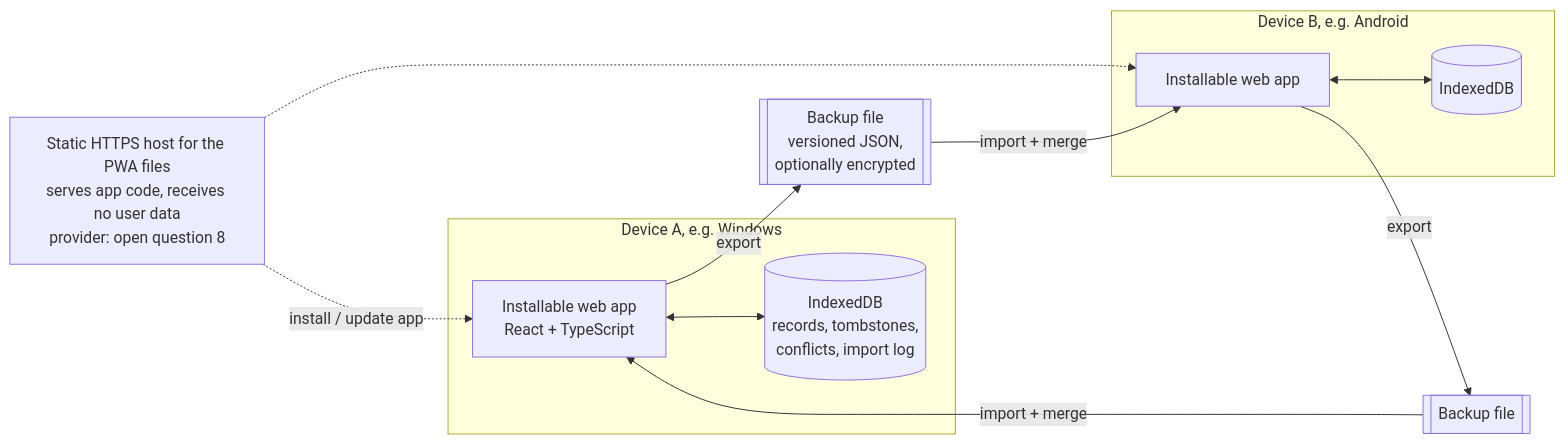
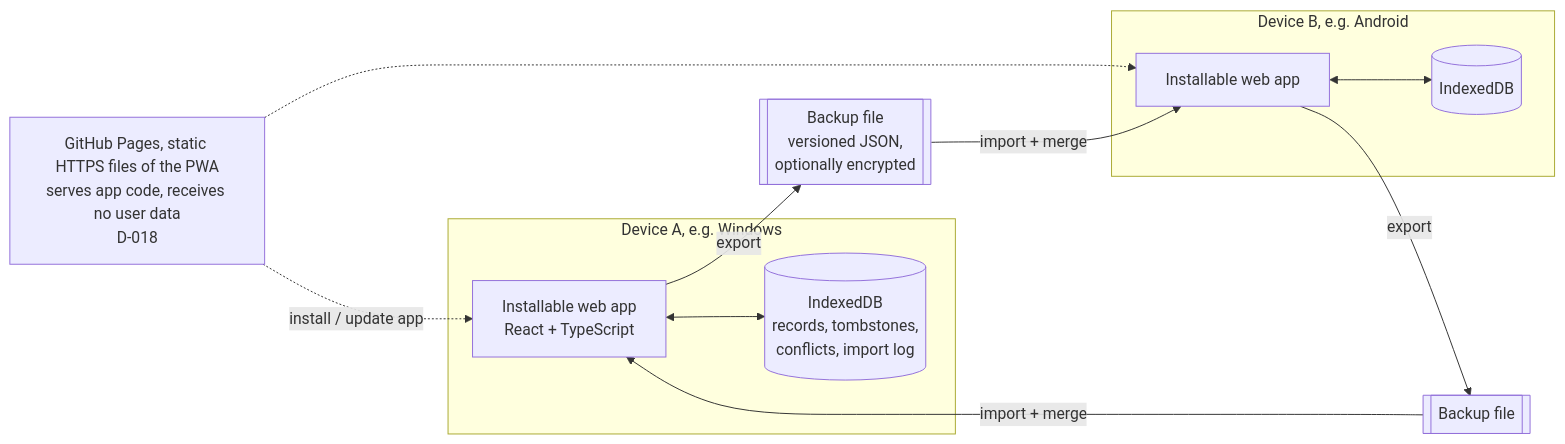
Before and after one commit to moeintorabi90/personal-productivity-system: the first of 2 diagrams in docs/ARCHITECTURE.md, drawn with Mermaid. The commit also changed other lines of this file and 9 other files, not shown here.

First line of the commit message:
feat(web): prepare GitHub Pages hosting of the v1 PWA

````diff
--- a/docs/ARCHITECTURE.md
+++ b/docs/ARCHITECTURE.md
@@ -9,19 +9,19 @@
 ```mermaid
 flowchart LR
   subgraph DeviceA[Device A, e.g. Windows]
     WebA[Installable web app<br/>React + TypeScript]
     LocalA[(IndexedDB<br/>records, tombstones,<br/>conflicts, import log)]
     WebA <--> LocalA
   end
   subgraph DeviceB[Device B, e.g. Android]
     WebB[Installable web app]
     LocalB[(IndexedDB)]
     WebB <--> LocalB
   end
   WebA -->|export| File[[Backup file<br/>versioned JSON,<br/>optionally encrypted]]
   File -->|import + merge| WebB
   WebB -->|export| File2[[Backup file]]
   File2 -->|import + merge| WebA
-  Host[Static HTTPS host for the PWA files<br/>serves app code, receives no user data<br/>provider: open question 8] -.->|install / update app| WebA
+  Host[GitHub Pages, static HTTPS files of the PWA<br/>serves app code, receives no user data<br/>D-018] -.->|install / update app| WebA
   Host -.-> WebB
 ```
````
